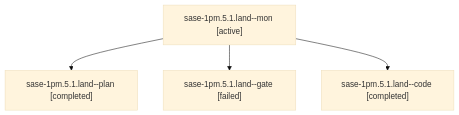
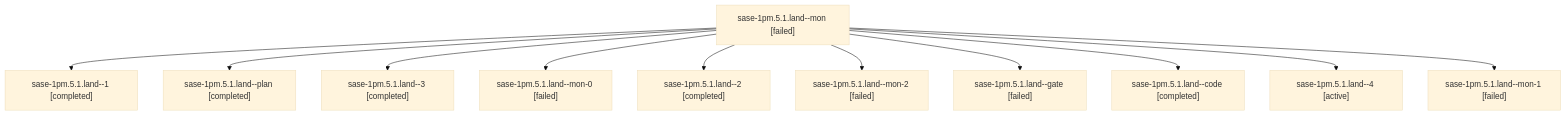
The diagram in sessions/bbugyi200.athena.sase-1pm.5.1.land.md (sase-org/sase--agents), drawn with Mermaid (base theme) before and after one commit. The commit also changed other lines of this file and 141 other files, not shown here.

````diff
--- a/sessions/bbugyi200.athena.sase-1pm.5.1.land.md
+++ b/sessions/bbugyi200.athena.sase-1pm.5.1.land.md
@@ -9,10 +9,24 @@
 ```mermaid
 flowchart TD
-  n0["sase-1pm.5.1.land--mon [active]"]
-  n1["sase-1pm.5.1.land--plan [completed]"]
+  n0["sase-1pm.5.1.land--mon [failed]"]
+  n1["sase-1pm.5.1.land--1 [completed]"]
   n0 --> n1
-  n2["sase-1pm.5.1.land--gate [failed]"]
+  n2["sase-1pm.5.1.land--plan [completed]"]
   n0 --> n2
-  n3["sase-1pm.5.1.land--code [completed]"]
+  n3["sase-1pm.5.1.land--3 [completed]"]
   n0 --> n3
+  n4["sase-1pm.5.1.land--mon-0 [failed]"]
+  n0 --> n4
+  n5["sase-1pm.5.1.land--2 [completed]"]
+  n0 --> n5
+  n6["sase-1pm.5.1.land--mon-2 [failed]"]
+  n0 --> n6
+  n7["sase-1pm.5.1.land--gate [failed]"]
+  n0 --> n7
+  n8["sase-1pm.5.1.land--code [completed]"]
+  n0 --> n8
+  n9["sase-1pm.5.1.land--4 [active]"]
+  n0 --> n9
+  n10["sase-1pm.5.1.land--mon-1 [failed]"]
+  n0 --> n10
 ```
````
